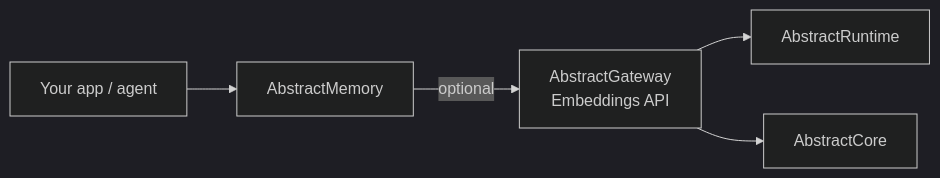
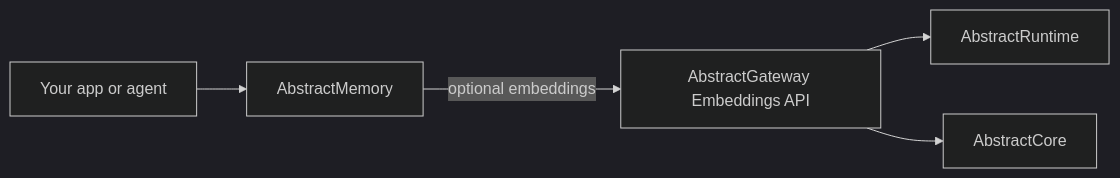
Before and after one commit to lpalbou/AbstractMemory: the first of 2 diagrams in docs/architecture.md, drawn with Mermaid (dark theme). The commit also changed other lines of this file and 12 other files, not shown here.

Commit message:
Update documentation for memory record conventions, enhance README links, and clarify planned backlog items for SQLite compatibility and bounded graph traversal.

````diff
--- a/docs/architecture.md
+++ b/docs/architecture.md
@@ -36,7 +36,7 @@
 ```mermaid
 flowchart LR
-  App[Your app / agent] --> AM[AbstractMemory]
-  AM -->|optional| GW[AbstractGateway\nEmbeddings API]
-  GW --> AR[AbstractRuntime]
-  GW --> AC[AbstractCore]
+  APP["Your app or agent"] --> AM["AbstractMemory"]
+  AM -- "optional embeddings" --> GW["AbstractGateway Embeddings API"]
+  GW --> AR["AbstractRuntime"]
+  GW --> AC["AbstractCore"]
 ```
````
